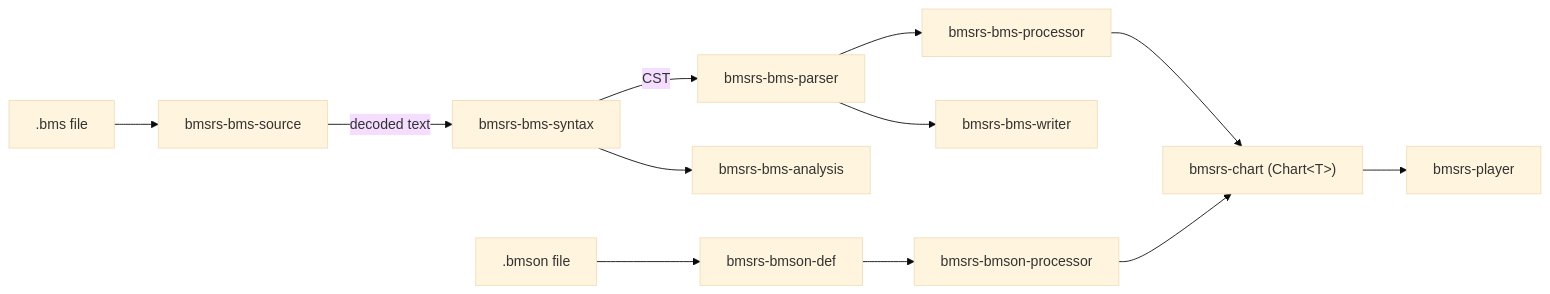
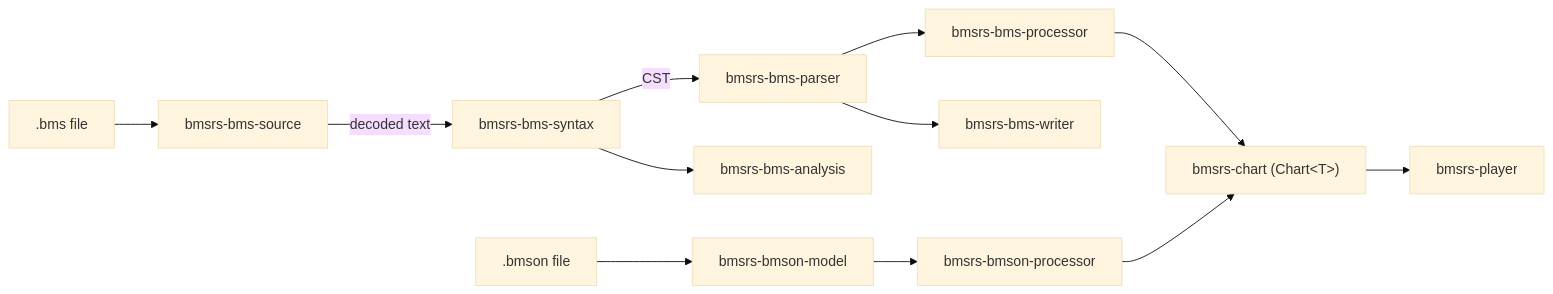
The diagram in AGENTS.md (brightmeows/bmsrs), drawn with Mermaid (base theme) before and after one commit. The commit also changed other lines of this file and 24 other files, not shown here.

Commit message:
refactor(bmson)!: rename bmson-def to bmson-model

````diff
--- a/AGENTS.md
+++ b/AGENTS.md
@@ -16,16 +16,16 @@
 ```mermaid
 flowchart LR
     BMS[".bms file"] --> Src[bmsrs-bms-source]
     Src -->|decoded text| Syn[bmsrs-bms-syntax]
     Syn -->|CST| Par[bmsrs-bms-parser]
     Par --> BProc[bmsrs-bms-processor]
     Par --> Writer[bmsrs-bms-writer]
     Syn --> Analysis[bmsrs-bms-analysis]
 
-    BMSON[".bmson file"] --> BDef[bmsrs-bmson-def]
+    BMSON[".bmson file"] --> BDef[bmsrs-bmson-model]
     BDef --> BMProc[bmsrs-bmson-processor]
 
     BProc --> Chart["bmsrs-chart (Chart&lt;T&gt;)"]
     BMProc --> Chart
     Chart --> Player[bmsrs-player]
 ```
````
